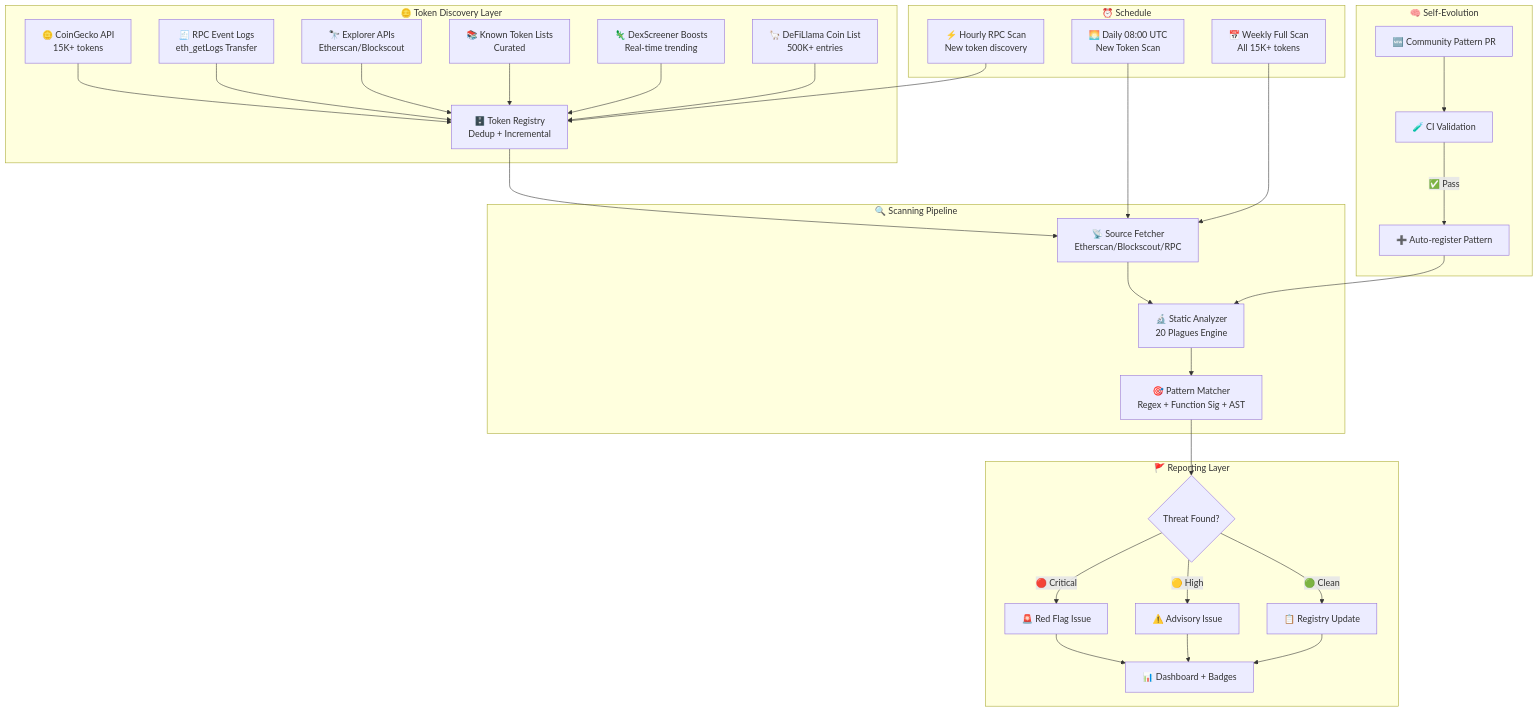
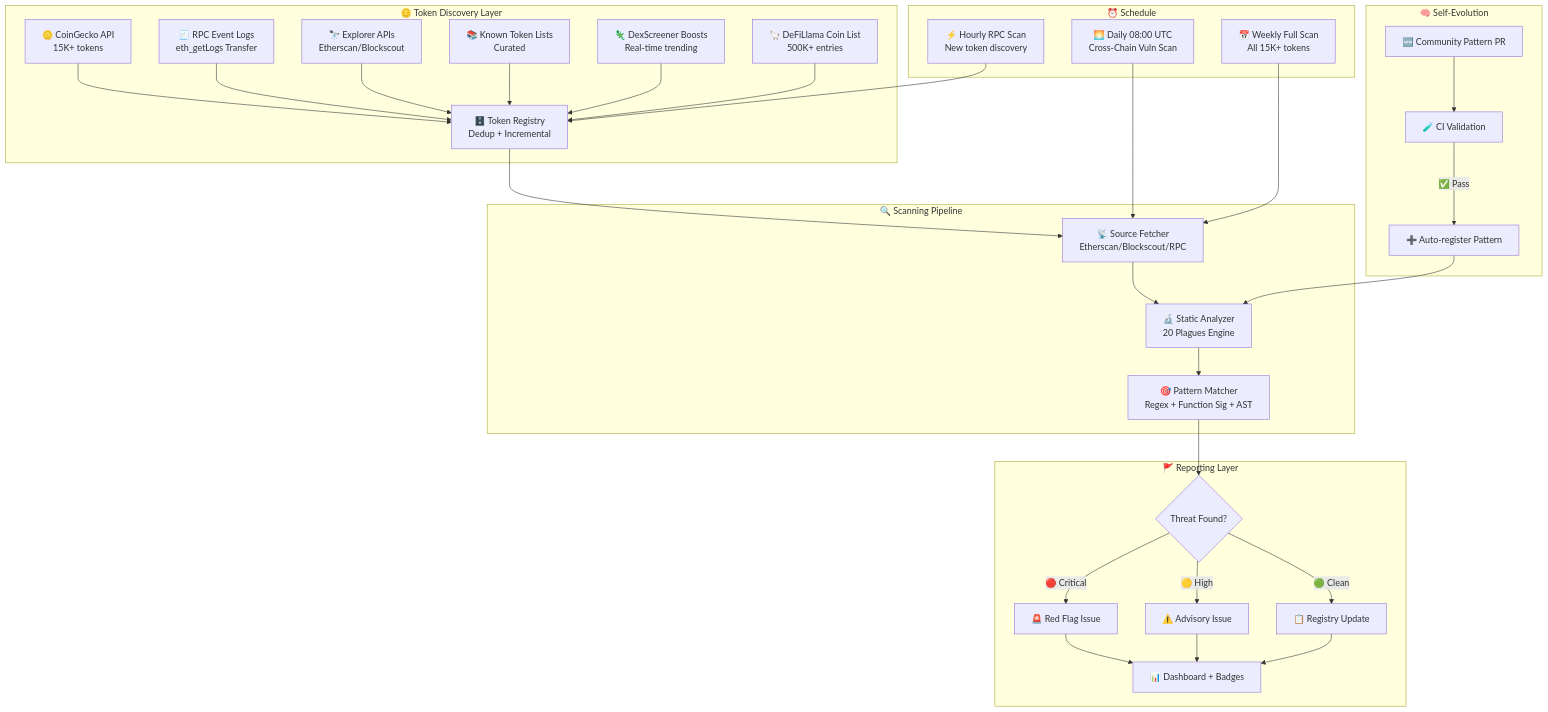
Before and after one commit to Lord1Egypt/MaatEye: the diagram in README.md, drawn with Mermaid.

Commit message:
docs: fix daily scan label in architecture diagram

````diff
--- a/README.md
+++ b/README.md
@@ -154,37 +154,37 @@
 ```mermaid
 flowchart TB
     subgraph "🪙 Token Discovery Layer"
         A1[🪙 CoinGecko API<br/>15K+ tokens] --> D[🗄️ Token Registry<br/>Dedup + Incremental]
         A2[🧾 RPC Event Logs<br/>eth_getLogs Transfer] --> D
         A3[🔭 Explorer APIs<br/>Etherscan/Blockscout] --> D
         A4[📚 Known Token Lists<br/>Curated] --> D
         A5[🦎 DexScreener Boosts<br/>Real-time trending] --> D
         A6[🦙 DeFiLlama Coin List<br/>500K+ entries] --> D
     end
 
     subgraph "🔍 Scanning Pipeline"
         D --> E[📡 Source Fetcher<br/>Etherscan/Blockscout/RPC]
         E --> F[🔬 Static Analyzer<br/>20 Plagues Engine]
         F --> G[🎯 Pattern Matcher<br/>Regex + Function Sig + AST]
     end
 
     subgraph "🚩 Reporting Layer"
         G --> H{Threat Found?}
         H -->|🔴 Critical| I[🚨 Red Flag Issue]
         H -->|🟡 High| J[⚠️ Advisory Issue]
         H -->|🟢 Clean| K[📋 Registry Update]
         I & J & K --> L[📊 Dashboard + Badges]
     end
 
     subgraph "⏰ Schedule"
-        M1[🌅 Daily 08:00 UTC<br/>New Token Scan] --> E
+        M1[🌅 Daily 08:00 UTC<br/>Cross-Chain Vuln Scan] --> E
         M2[⚡ Hourly RPC Scan<br/>New token discovery] --> D
         M3[📅 Weekly Full Scan<br/>All 15K+ tokens] --> E
     end
 
     subgraph "🧠 Self-Evolution"
         N[🆕 Community Pattern PR] --> O[🧪 CI Validation]
         O -->|✅ Pass| P[➕ Auto-register Pattern]
         P --> F
     end
 ```
````
